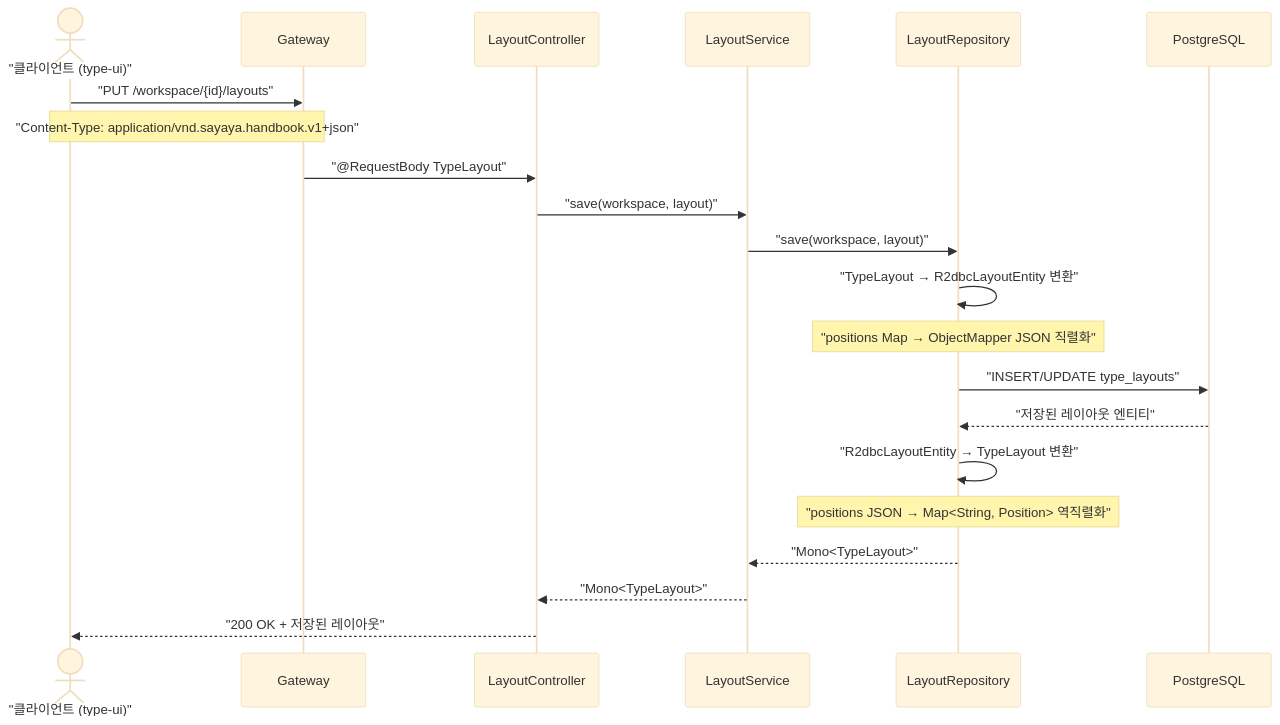
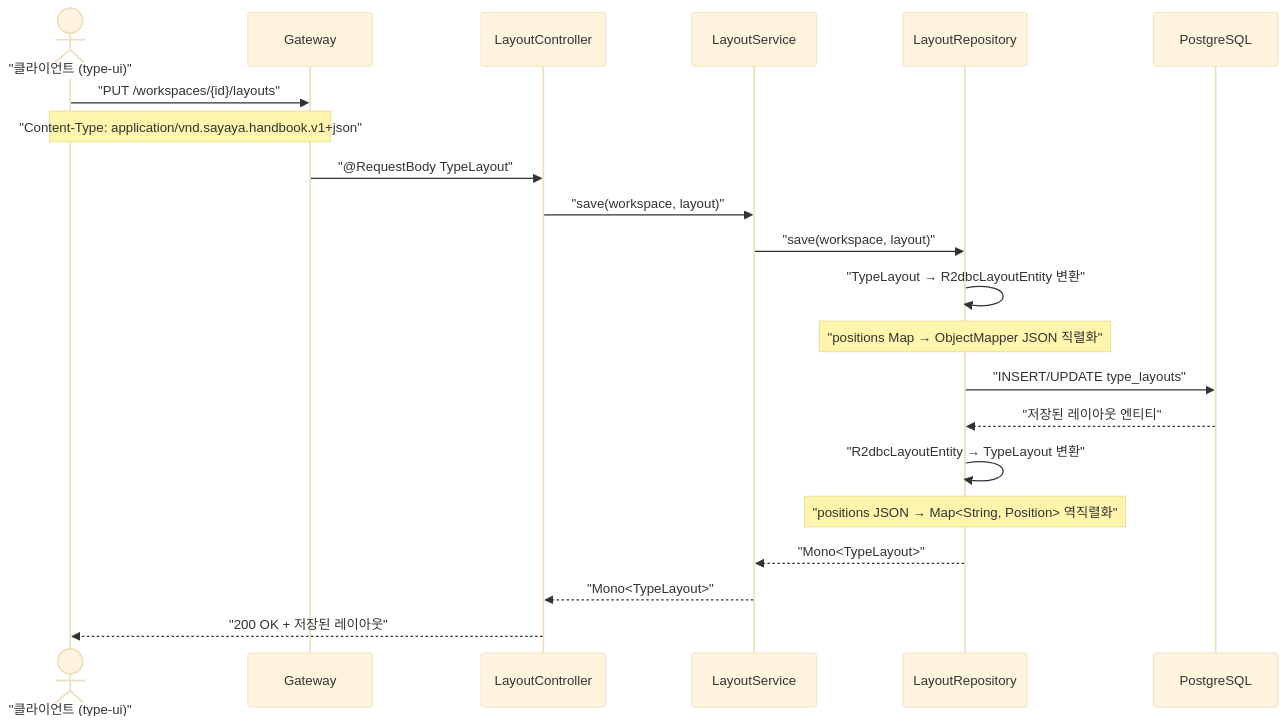
One commit to sayaya1090/handbook changed the third of 4 diagrams in type-command/USECASE.md. Above: the diagram before and after it, drawn with Mermaid (base theme). The commit also changed other lines of this file and 58 other files, not shown here.

````diff
--- a/type-command/USECASE.md
+++ b/type-command/USECASE.md
@@ -78,24 +78,24 @@
 ```mermaid
 sequenceDiagram
     actor Client as "클라이언트 (type-ui)"
     participant GW as Gateway
     participant Ctrl as LayoutController
     participant Svc as LayoutService
     participant Repo as LayoutRepository
     participant DB as PostgreSQL
 
-    Client->>GW: "PUT /workspace/{id}/layouts"
+    Client->>GW: "PUT /workspaces/{id}/layouts"
     Note over Client,GW: "Content-Type: application/vnd.sayaya.handbook.v1+json"
     GW->>Ctrl: "@RequestBody TypeLayout"
     Ctrl->>Svc: "save(workspace, layout)"
     Svc->>Repo: "save(workspace, layout)"
     Repo->>Repo: "TypeLayout → R2dbcLayoutEntity 변환"
     Note over Repo: "positions Map → ObjectMapper JSON 직렬화"
     Repo->>DB: "INSERT/UPDATE type_layouts"
     DB-->>Repo: "저장된 레이아웃 엔티티"
     Repo->>Repo: "R2dbcLayoutEntity → TypeLayout 변환"
     Note over Repo: "positions JSON → Map<String, Position> 역직렬화"
     Repo-->>Svc: "Mono<TypeLayout>"
     Svc-->>Ctrl: "Mono<TypeLayout>"
     Ctrl-->>Client: "200 OK + 저장된 레이아웃"
 ```
````
